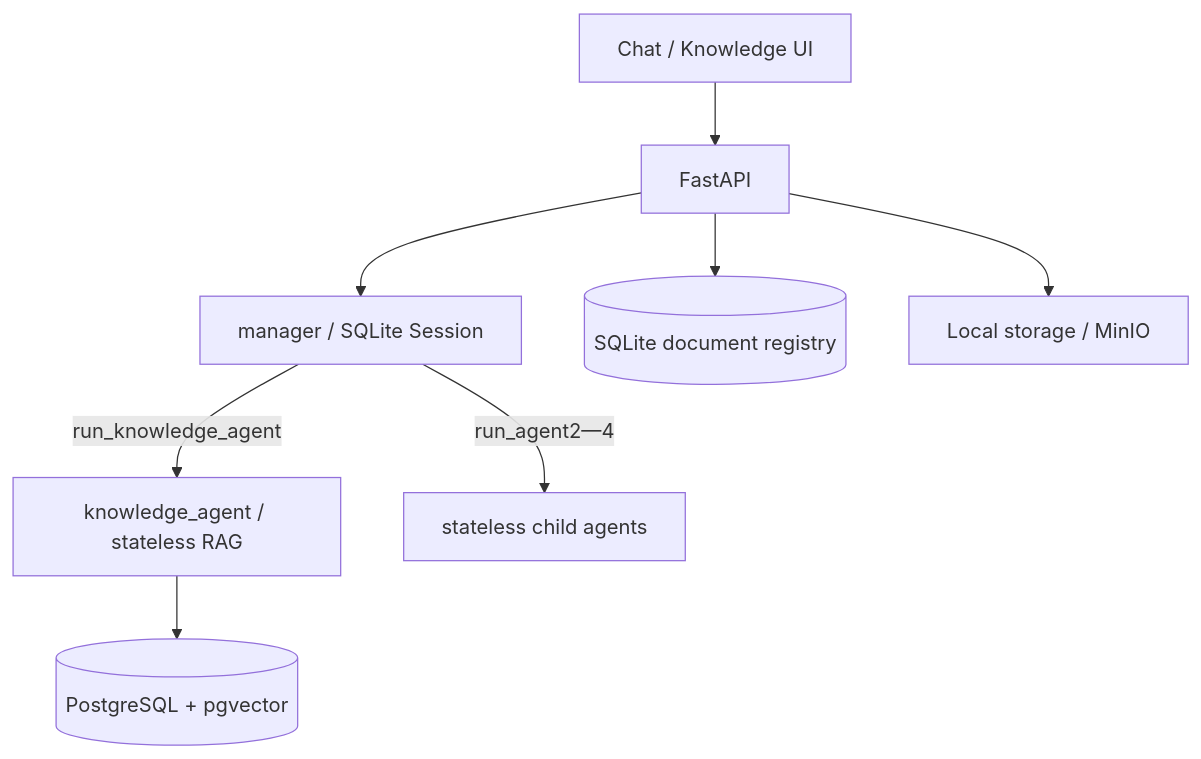
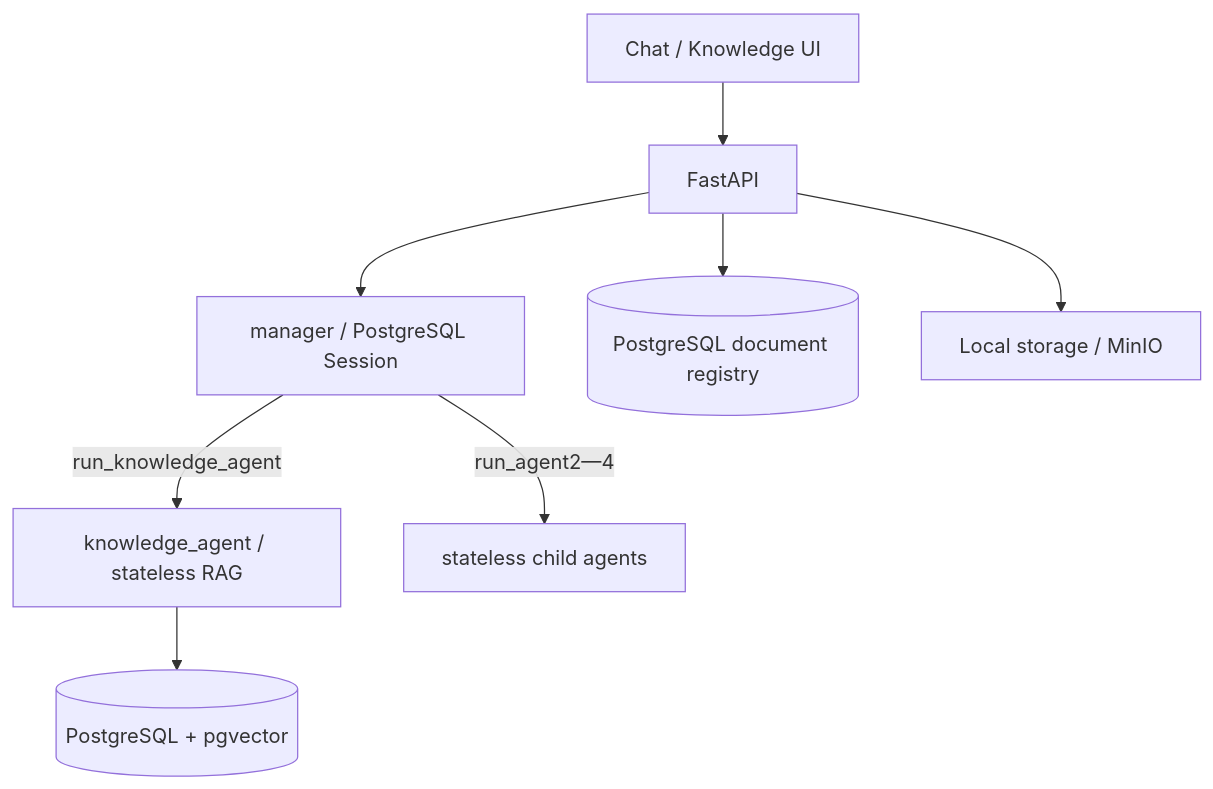
Before and after one commit to henuzfl/l-agents: the diagram in README.md, drawn with Mermaid. The commit also changed other lines of this file and 51 other files, not shown here.

Commit message:
feat: add PostgreSQL authentication

````diff
--- a/README.md
+++ b/README.md
@@ -7,10 +7,10 @@
 ```mermaid
 flowchart TD
     UI[Chat / Knowledge UI] --> API[FastAPI]
-    API --> M[manager / SQLite Session]
+    API --> M[manager / PostgreSQL Session]
     M -->|run_knowledge_agent| KA[knowledge_agent / stateless RAG]
     M -->|run_agent2—4| A[stateless child agents]
     KA --> PG[(PostgreSQL + pgvector)]
-    API --> REG[(SQLite document registry)]
+    API --> REG[(PostgreSQL document registry)]
     API --> OBJ[Local storage / MinIO]
 ```
````
